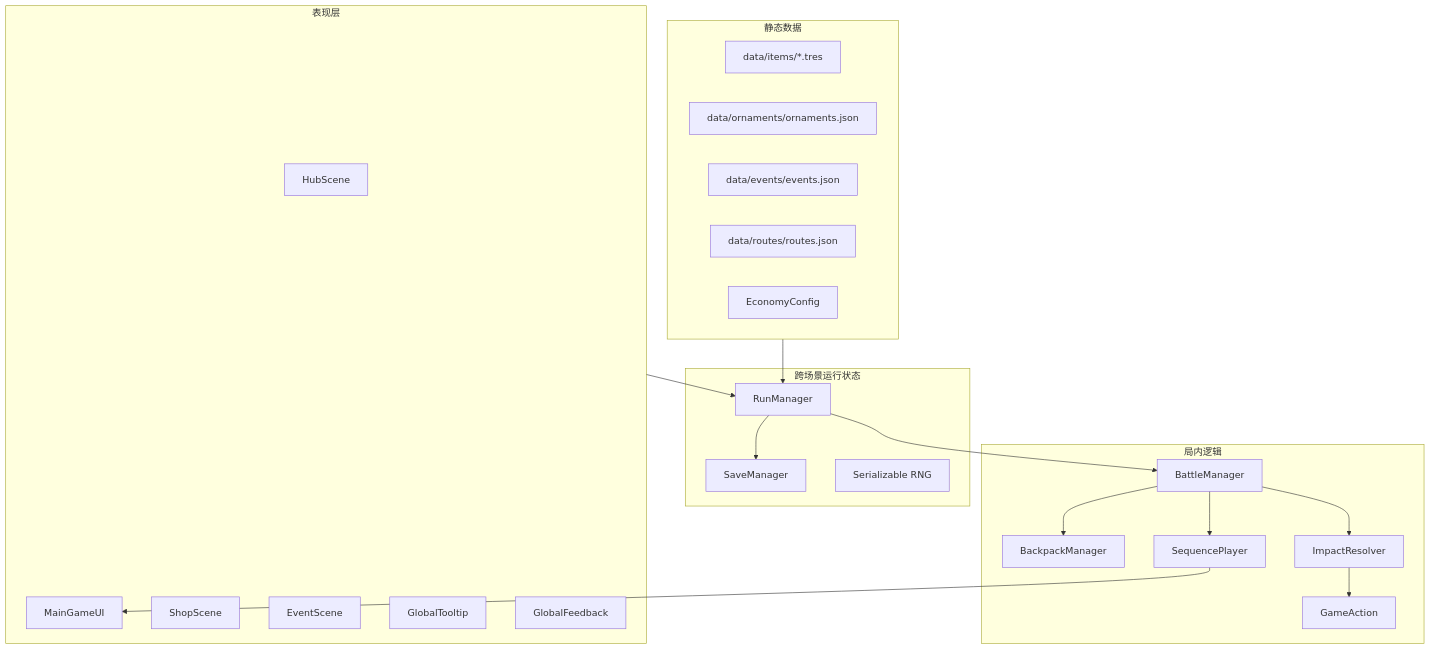
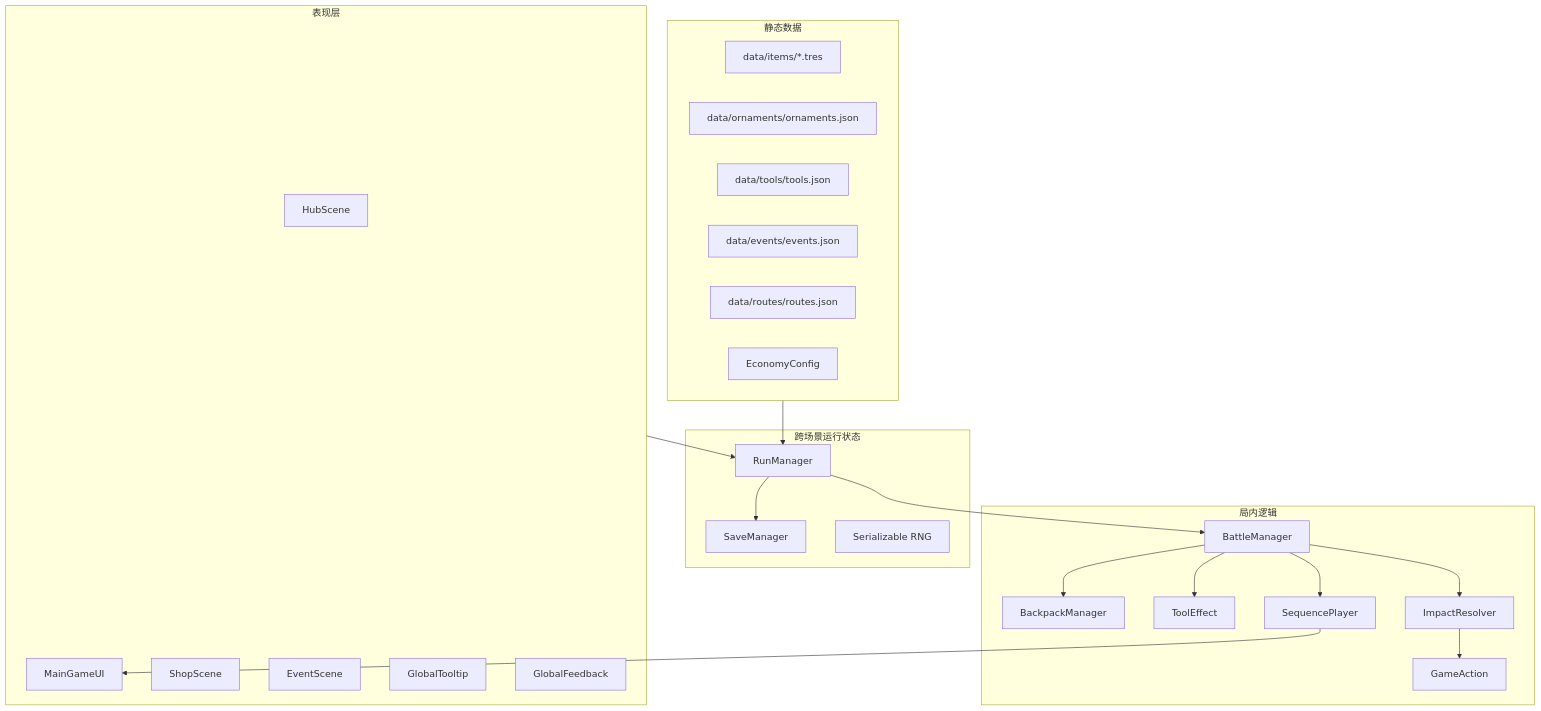
The second of 5 diagrams in spec/Docs/03_Log/02_Architecture_Review_Diagrams.md (xsrkt26/Lost-Fragments), drawn with Mermaid before and after one commit. The commit also changed other lines of this file and 31 other files, not shown here.

````diff
--- a/spec/Docs/03_Log/02_Architecture_Review_Diagrams.md
+++ b/spec/Docs/03_Log/02_Architecture_Review_Diagrams.md
@@ -26,43 +26,46 @@
 ```mermaid
 graph TD
     subgraph Data[静态数据]
         Items[data/items/*.tres]
         Ornaments[data/ornaments/ornaments.json]
+        Tools[data/tools/tools.json]
         Events[data/events/events.json]
         Routes[data/routes/routes.json]
         Economy[EconomyConfig]
     end
 
     subgraph Run[跨场景运行状态]
         RM[RunManager]
         Save[SaveManager]
         RNG[Serializable RNG]
     end
 
     subgraph Battle[局内逻辑]
         BM[BattleManager]
         BPM[BackpackManager]
+        TE[ToolEffect]
         IR[ImpactResolver]
         SP[SequencePlayer]
         GA[GameAction]
     end
 
     subgraph UI[表现层]
         Hub[HubScene]
         MainUI[MainGameUI]
         Shop[ShopScene]
         EventUI[EventScene]
         Tooltip[GlobalTooltip]
         Feedback[GlobalFeedback]
     end
 
     Data --> RM
     RM --> Save
     RM --> BM
     BM --> BPM
+    BM --> TE
     BM --> IR
     IR --> GA
     BM --> SP
     SP --> MainUI
     UI --> RM
 ```
````
